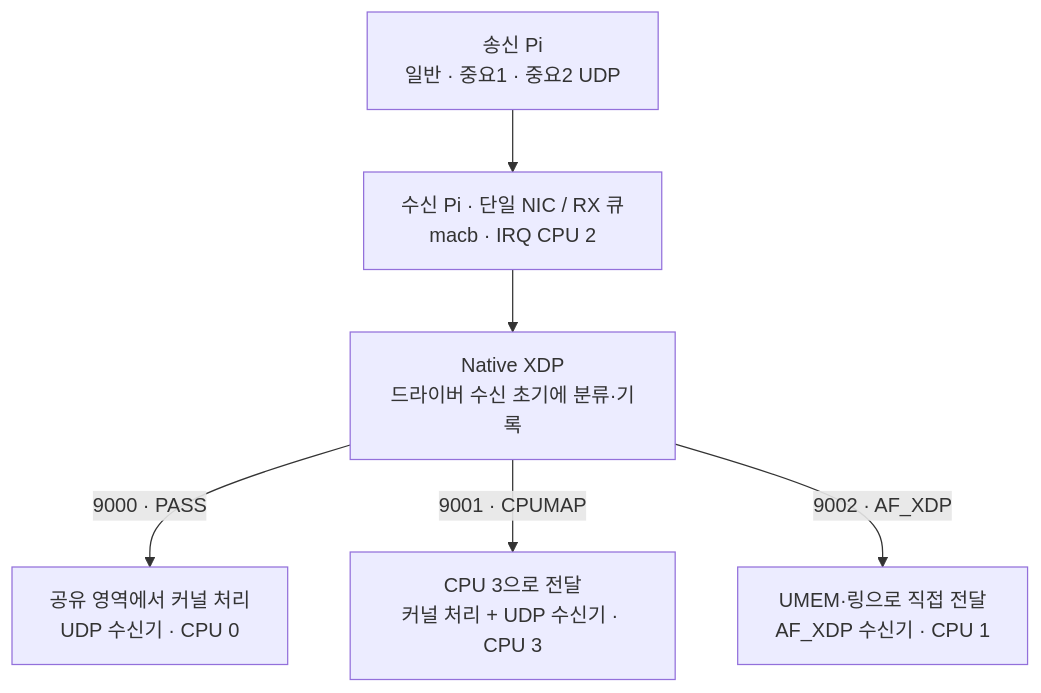
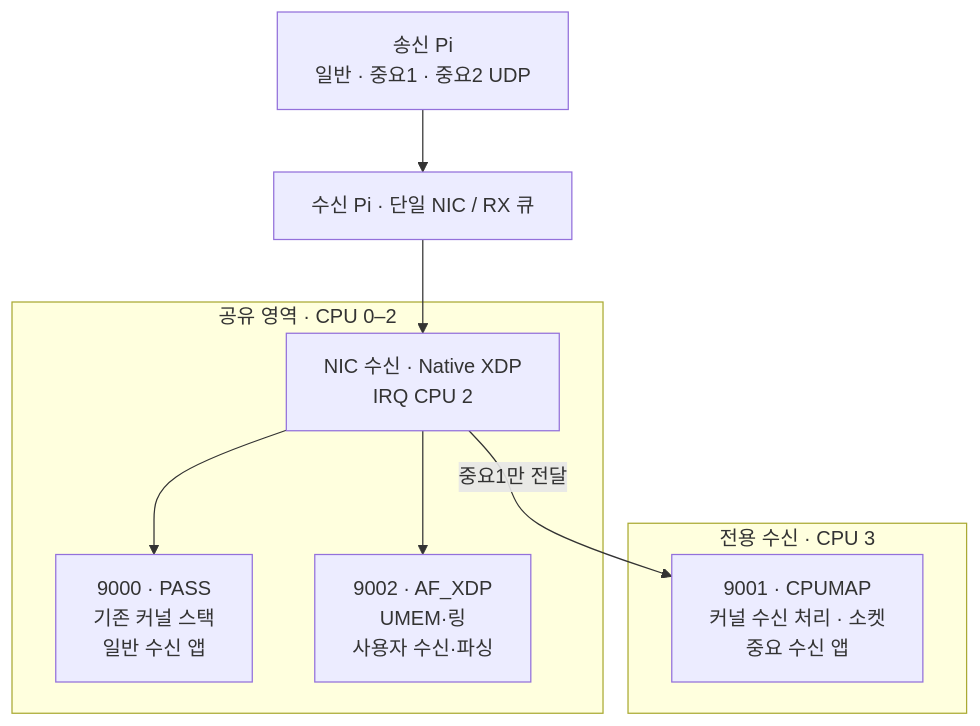
The first of 3 diagrams in README.md (kingwooseok/ACEteam_Bachelor_thesis), drawn with Mermaid before and after one commit. The commit also changed other lines of this file and 21 other files, not shown here.

Commit message:
fix: share general receive CPUs and reserve CPU3 for CPUMAP

````diff
--- a/README.md
+++ b/README.md
@@ -26,8 +29,16 @@
 ```mermaid
 flowchart TB
-    TX["송신 Pi<br/>일반 · 중요1 · 중요2 UDP"] --> NIC["수신 Pi · 단일 NIC / RX 큐<br/>macb · IRQ CPU 2"]
-    NIC --> XDP["Native XDP<br/>드라이버 수신 초기에 분류·기록"]
-    XDP -->|"9000 · PASS"| P["공유 영역에서 커널 처리<br/>UDP 수신기 · CPU 0"]
-    XDP -->|"9001 · CPUMAP"| C["CPU 3으로 전달<br/>커널 처리 + UDP 수신기 · CPU 3"]
-    XDP -->|"9002 · AF_XDP"| A["UMEM·링으로 직접 전달<br/>AF_XDP 수신기 · CPU 1"]
+    TX["송신 Pi<br/>일반 · 중요1 · 중요2 UDP"] --> NIC["수신 Pi · 단일 NIC / RX 큐"]
+    subgraph SHARED["공유 영역 · CPU 0–2"]
+        XDP["NIC 수신 · Native XDP<br/>IRQ CPU 2"]
+        P["9000 · PASS<br/>기존 커널 스택<br/>일반 수신 앱"]
+        A["9002 · AF_XDP<br/>UMEM·링<br/>사용자 수신·파싱"]
+        XDP --> P
+        XDP --> A
+    end
+    subgraph RESERVED["전용 수신 · CPU 3"]
+        C["9001 · CPUMAP<br/>커널 수신 처리 · 소켓<br/>중요 수신 앱"]
+    end
+    NIC --> XDP
+    XDP -->|"중요1만 전달"| C
 ```
````
